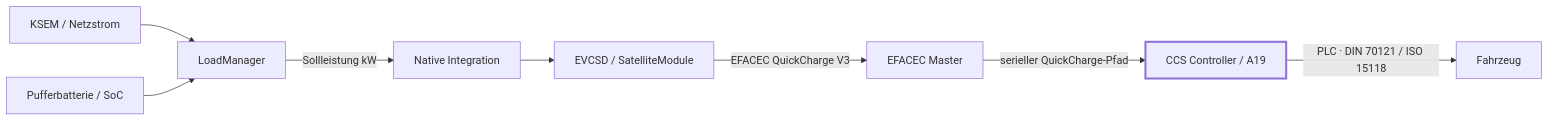
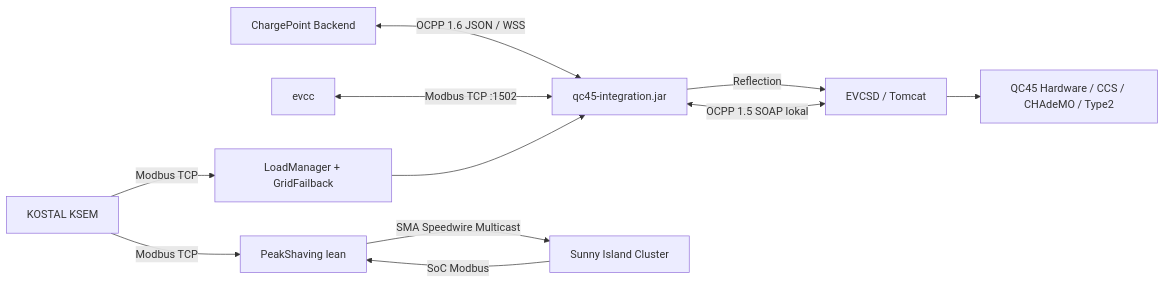
The diagram in wiki/Home.md (BugUser0815/QC45), drawn with Mermaid before and after one commit. The commit also changed other lines of this file and 20 other files, not shown here.

````diff
--- a/wiki/Home.md
+++ b/wiki/Home.md
@@ -31,13 +8,13 @@
 ```mermaid
 flowchart LR
-    LM[LoadManager] -->|Sollleistung kW| RI[Native Integration]
-    RI --> EVCSD[EVCSD / SatelliteModule]
-    EVCSD -->|EFACEC QuickCharge V3| MASTER[EFACEC Master]
-    MASTER -->|serieller QuickCharge-Pfad| CCS[CCS Controller / A19]
-    CCS -->|PLC · DIN 70121 / ISO 15118| EV[Fahrzeug]
-
-    KSEM[KSEM / Netzstrom] --> LM
-    SOC[Pufferbatterie / SoC] --> LM
-
-    style CCS stroke-width:3px
+    CP[ChargePoint Backend] <-->|OCPP 1.6 JSON / WSS| NI[qc45-integration.jar]
+    EV[EVCSD / Tomcat] <-->|OCPP 1.5 SOAP lokal| NI
+    EVCC[evcc] <-->|Modbus TCP :1502| NI
+    NI -->|Reflection| EV
+    KSEM[KOSTAL KSEM] -->|Modbus TCP| LM[LoadManager + GridFailback]
+    LM --> NI
+    PS[PeakShaving lean] -->|SMA Speedwire Multicast| SI[Sunny Island Cluster]
+    KSEM -->|Modbus TCP| PS
+    SI -->|SoC Modbus| PS
+    EV --> QC[QC45 Hardware / CCS / CHAdeMO / Type2]
 ```
````
